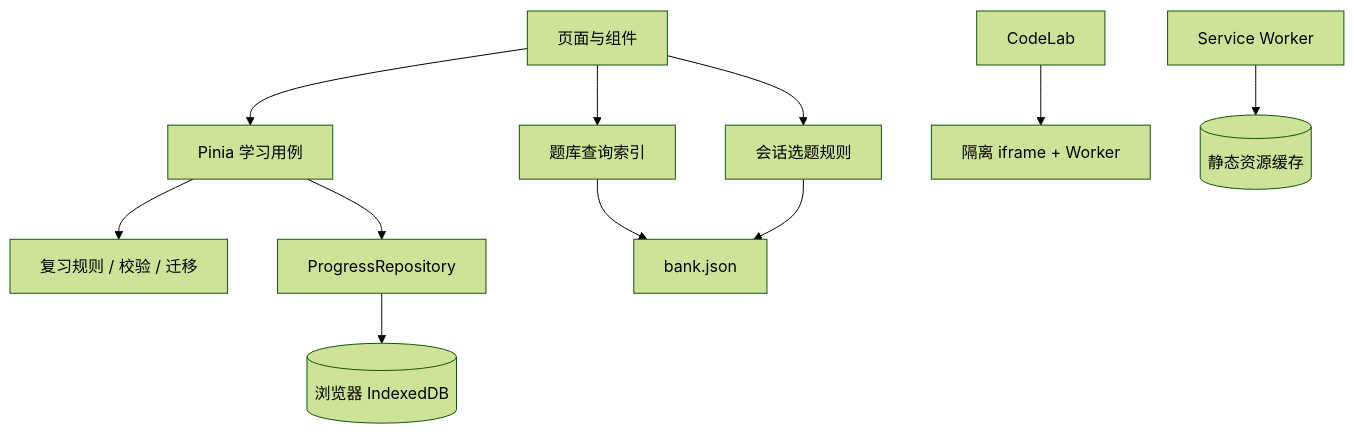
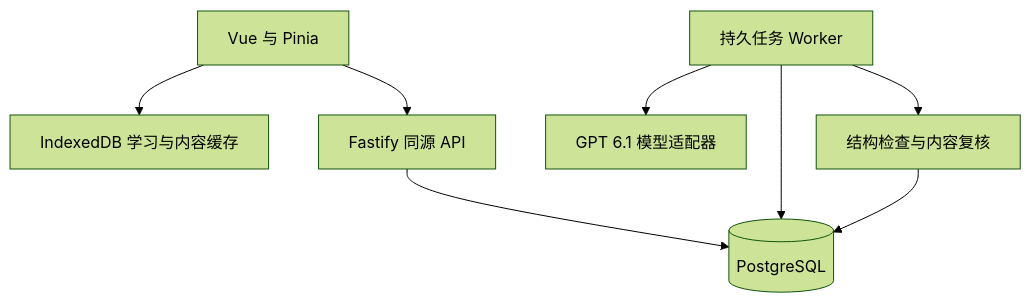
Before and after one commit to ztbytd/quiz-game: the diagram in docs/architecture.md, drawn with Mermaid (forest theme). The commit also changed other lines of this file and 93 other files, not shown here.

````diff
--- a/docs/architecture.md
+++ b/docs/architecture.md
@@ -11,13 +9,10 @@
 ```mermaid
-flowchart TD
-  Views[页面与组件] --> Store[Pinia 学习用例]
-  Views --> Content[题库查询索引]
-  Views --> Session[会话选题规则]
-  Store --> Progress[复习规则 / 校验 / 迁移]
-  Store --> Repo[ProgressRepository]
-  Repo --> IDB[(浏览器 IndexedDB)]
-  Content --> Bank[bank.json]
-  Session --> Bank
-  Lab[CodeLab] --> Runner[隔离 iframe + Worker]
-  SW[Service Worker] --> Cache[(静态资源缓存)]
+flowchart TB
+  UI[Vue 与 Pinia] --> Local[IndexedDB 学习与内容缓存]
+  UI --> API[Fastify 同源 API]
+  API --> PG[(PostgreSQL)]
+  Worker[持久任务 Worker] --> PG
+  Worker --> Provider[GPT 6.1 模型适配器]
+  Worker --> Check[结构检查与内容复核]
+  Check --> PG
 ```
````
